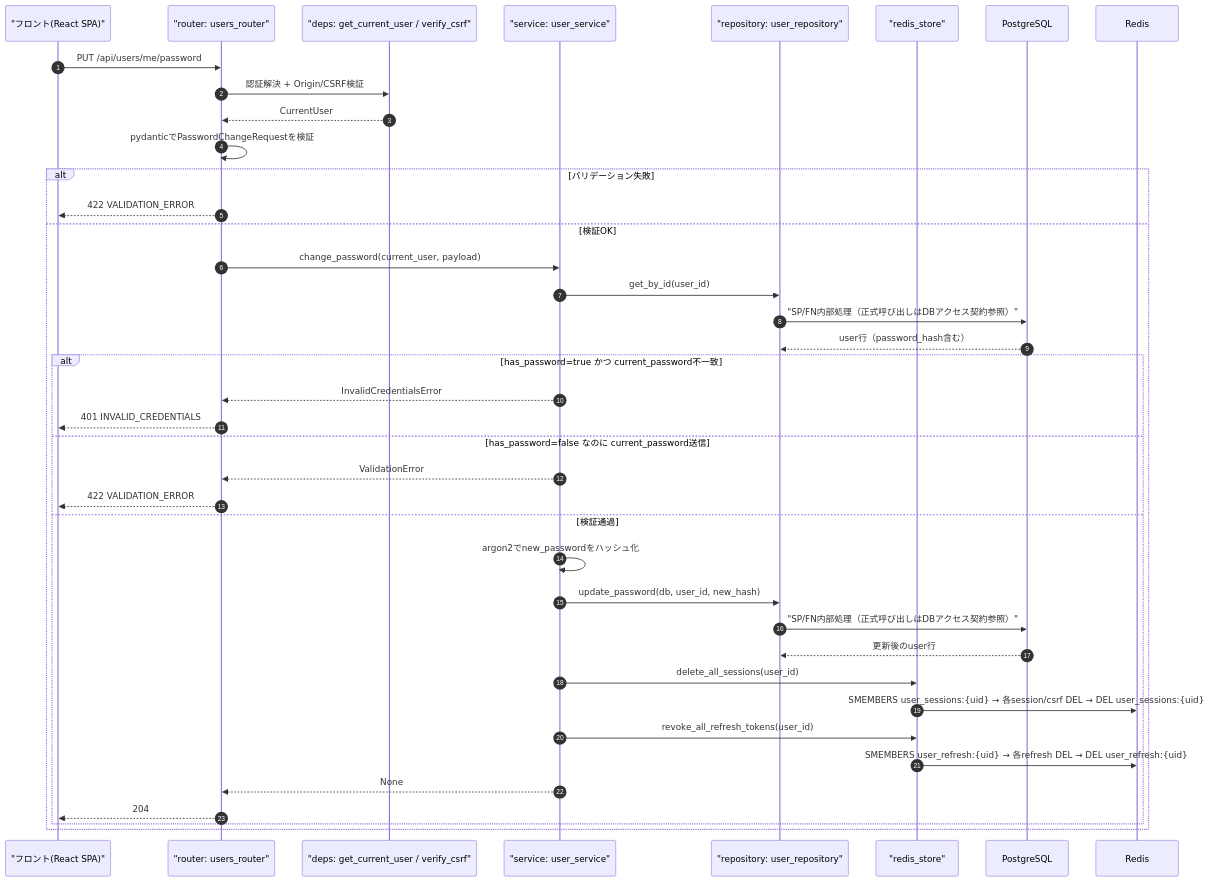
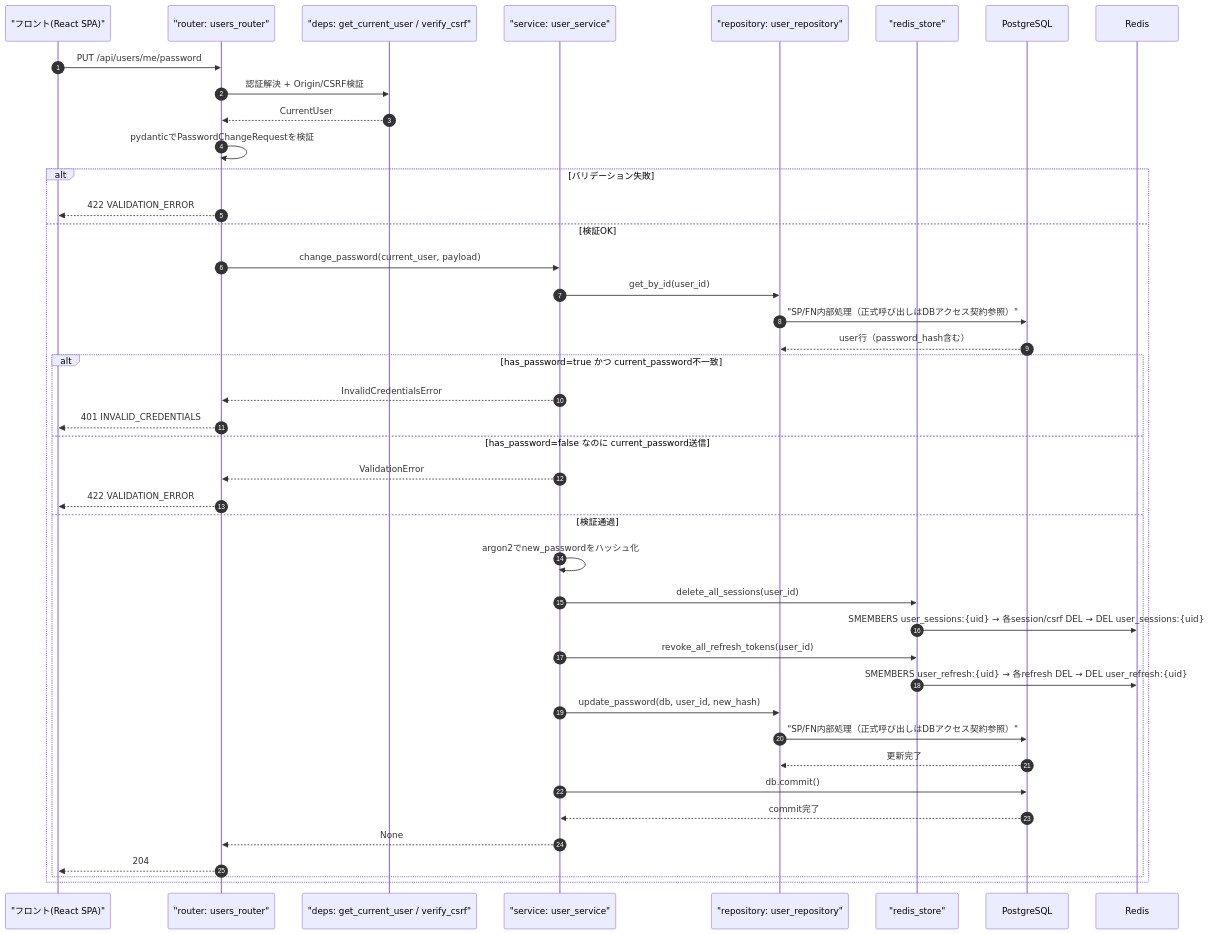
One commit to oikawa-d/task_management changed the first of 4 diagrams in docs/detailed_design/api/users/03_put_users_me_password.md. Above: the diagram before and after it, drawn with Mermaid. The commit also changed other lines of this file and 5 other files, not shown here.

````diff
--- a/docs/detailed_design/api/users/03_put_users_me_password.md
+++ b/docs/detailed_design/api/users/03_put_users_me_password.md
@@ -82,43 +82,45 @@
 ```mermaid
 sequenceDiagram
     autonumber
     participant FE as "フロント(React SPA)"
     participant R as "router: users_router"
     participant DEP as "deps: get_current_user / verify_csrf"
     participant S as "service: user_service"
     participant URP as "repository: user_repository"
     participant RS as "redis_store"
     participant PG as PostgreSQL
     participant RD as Redis
 
     FE->>R: PUT /api/users/me/password
     R->>DEP: 認証解決 + Origin/CSRF検証
     DEP-->>R: CurrentUser
     R->>R: pydanticでPasswordChangeRequestを検証
     alt バリデーション失敗
         R-->>FE: 422 VALIDATION_ERROR
     else 検証OK
         R->>S: change_password(current_user, payload)
         S->>URP: get_by_id(user_id)
         URP->>PG: "SP/FN内部処理（正式呼び出しはDBアクセス契約参照）"
         PG-->>URP: user行（password_hash含む）
         alt has_password=true かつ current_password不一致
             S-->>R: InvalidCredentialsError
             R-->>FE: 401 INVALID_CREDENTIALS
         else has_password=false なのに current_password送信
             S-->>R: ValidationError
             R-->>FE: 422 VALIDATION_ERROR
         else 検証通過
             S->>S: argon2でnew_passwordをハッシュ化
-            S->>URP: update_password(db, user_id, new_hash)
-            URP->>PG: "SP/FN内部処理（正式呼び出しはDBアクセス契約参照）"
-            PG-->>URP: 更新後のuser行
             S->>RS: delete_all_sessions(user_id)
             RS->>RD: SMEMBERS user_sessions:{uid} → 各session/csrf DEL → DEL user_sessions:{uid}
             S->>RS: revoke_all_refresh_tokens(user_id)
             RS->>RD: SMEMBERS user_refresh:{uid} → 各refresh DEL → DEL user_refresh:{uid}
+            S->>URP: update_password(db, user_id, new_hash)
+            URP->>PG: "SP/FN内部処理（正式呼び出しはDBアクセス契約参照）"
+            PG-->>URP: 更新完了
+            S->>PG: db.commit()
+            PG-->>S: commit完了
             S-->>R: None
             R-->>FE: 204
         end
     end
 ```
````
